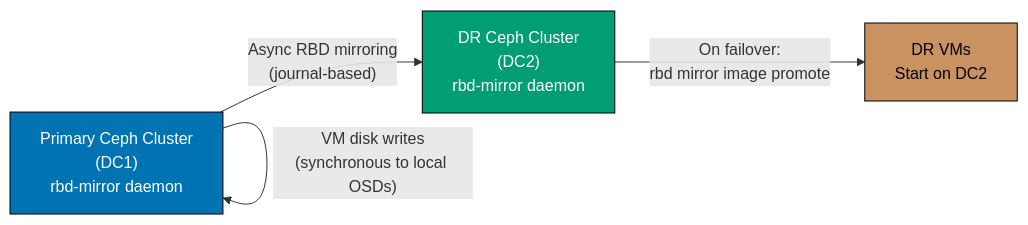
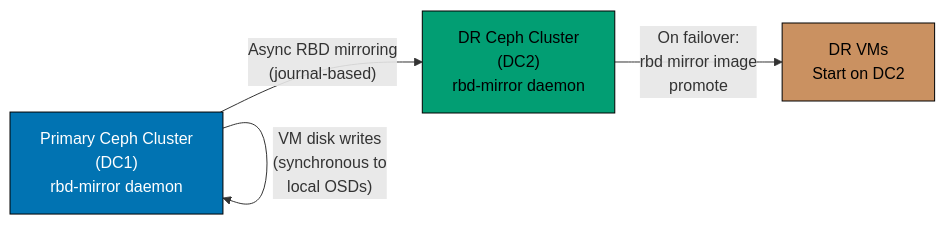
One commit to wahidyankf/ose-public changed the ninth of 12 diagrams in apps/ayokoding-www/content/en/learn/legacy/software-engineering/infrastructure/tools/proxmox/by-example/advanced.md. Above: the diagram before and after it, drawn with Mermaid. The commit also changed other lines of this file and 131 other files, not shown here.

First line of the commit message:
fix(mermaid): bring the legacy data, infrastructure, and testing diagrams onto the accessible palette

````diff
--- a/apps/ayokoding-www/content/en/learn/legacy/software-engineering/infrastructure/tools/proxmox/by-example/advanced.md
+++ b/apps/ayokoding-www/content/en/learn/legacy/software-engineering/infrastructure/tools/proxmox/by-example/advanced.md
@@ -1912,11 +1970,17 @@
 ```mermaid
 %% Color Palette: Blue #0173B2, Orange #DE8F05, Teal #029E73, Purple #CC78BC, Brown #CA9161
 graph LR
+    accTitle: Example 80: Set Up Ceph RBD Mirroring for Cross-Cluster Disaster Recovery
+    accDescr: Graph with 3 nodes and 3 connections. Nodes: Primary Ceph Cluster (DC1) rbd-mirror daemon, DR Ceph Cluster (DC2) rbd-mirror daemon, DR VMs Start on DC2. Connections: Primary Ceph Cluster (DC1) rbd-mirror daemon to DR Ceph Cluster (DC2) rbd-mirror daemon (Async RBD mirroring (journal-based)), Primary Ceph Cluster (DC1) rbd-mirror daemon to Primary Ceph Cluster (DC1) rbd-mirror daemon (VM disk writes (synchronous to local OSDs)), DR Ceph Cluster (DC2) rbd-mirror daemon to DR VMs Start on DC2 (On failover: rbd mirror image promote).
     A["Primary Ceph Cluster<br/>(DC1)<br/>rbd-mirror daemon"] -->|"Async RBD mirroring<br/>(journal-based)"| B["DR Ceph Cluster<br/>(DC2)<br/>rbd-mirror daemon"]
-    A -->|"VM disk writes<br/>(synchronous to local OSDs)"| A
-    B -->|"On failover:<br/>rbd mirror image promote"| C["DR VMs<br/>Start on DC2"]
+    A -->|"VM disk writes<br/>(synchronous to<br/>local OSDs)"| A
+    B -->|"On failover:<br/>rbd mirror image<br/>promote"| C["DR VMs<br/>Start on DC2"]
 
-    style A fill:#0173B2,color:#fff,stroke:#000
-    style B fill:#029E73,color:#fff,stroke:#000
-    style C fill:#CA9161,color:#000,stroke:#000
+    classDef pal-0173B2 fill:#0173B2,stroke:#000000,color:#FFFFFF
+    class A pal-0173B2
+    classDef pal-029E73 fill:#029E73,stroke:#000000,color:#000000
+    class B pal-029E73
+    classDef pal-CA9161 fill:#CA9161,stroke:#000000,color:#000000
+    class C pal-CA9161
+    classDef default fill:#FFFFFF,stroke:#000000,color:#000000
 ```
````
